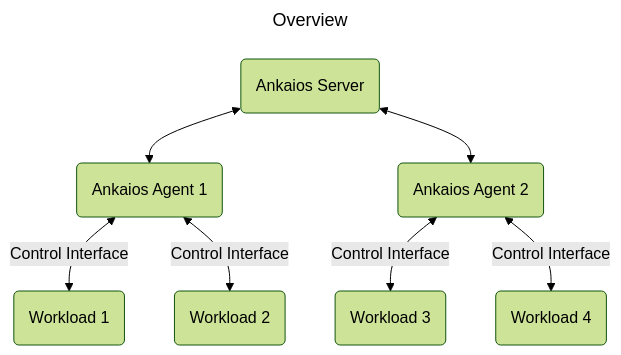
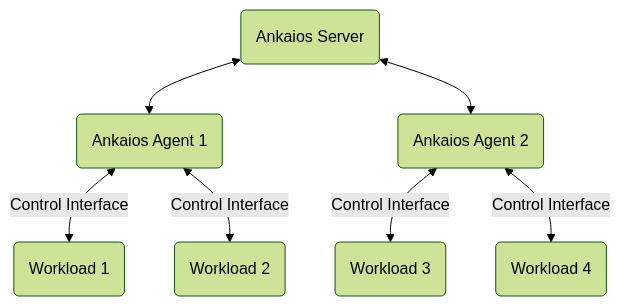
Before and after one commit to eclipse-ankaios/ankaios: the first of 5 diagrams in doc/docs/reference/control-interface.md, drawn with Mermaid (forest theme). The commit also changed other lines of this file, not shown here.

First line of the commit message:
Fix mermaid titles in dark mode

````diff
--- a/doc/docs/reference/control-interface.md
+++ b/doc/docs/reference/control-interface.md
@@ -12,17 +12,14 @@
 ```mermaid
----
-title: Overview
----
 flowchart TD
     a1(Ankaios Agent 1)
     w1(Workload 1)
     w2(Workload 2)
     a2(Ankaios Agent 2)
     w3(Workload 3)
     w4(Workload 4)
     s(Ankaios Server)
 
 
     s <--> a1 <-->|Control Interface| w1 & w2
     s <--> a2 <-->|Control Interface| w3 & w4
 ```
````
